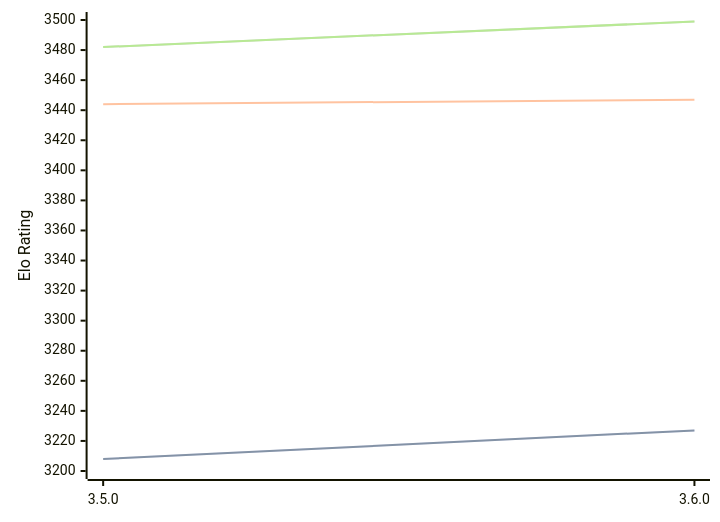
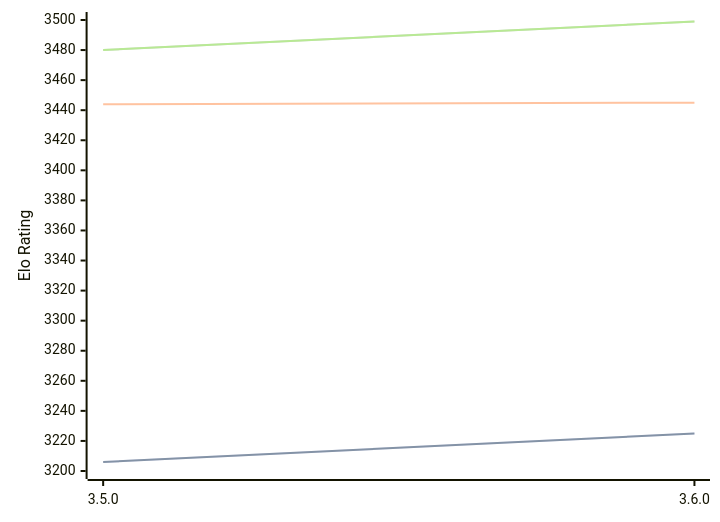
One commit to computer-chess-index/cci changed the diagram in engines/Igel.md. Above: the diagram before and after it, drawn with Mermaid. The commit also changed other lines of this file, not shown here.

Commit message:
Update CCI Ratings (ELO VLTC) - 2026-03-07

````diff
--- a/engines/Igel.md
+++ b/engines/Igel.md
@@ -66,11 +66,11 @@
 ```mermaid
 %%{init: {"theme":"base","themeVariables":{"seriesColors:['#a3a3a3','#222221','#faa371']}}}%%
 xychart-beta
   x-axis ["3.5.0", "3.6.0"]
   y-axis "Elo Rating" 3200 --> 3500
-  line "STC (8.0+0.08s)" [3208, 3227]
-  line "STC (8.0+0.08s)" [3208, 3227]
-  line "LTC (60.0+0.60s)" [3444, 3447]
-  line "VLTC (2m24s+1.12s)" [3482, 3499]
-  line "VLTC (2m24s+1.12s)" [3482, 3499]
+  line "STC (8.0+0.08s)" [3206, 3225]
+  line "STC (8.0+0.08s)" [3206, 3225]
+  line "LTC (60.0+0.60s)" [3444, 3445]
+  line "VLTC (2m24s+1.12s)" [3480, 3499]
+  line "VLTC (2m24s+1.12s)" [3480, 3499]
 ```
````
